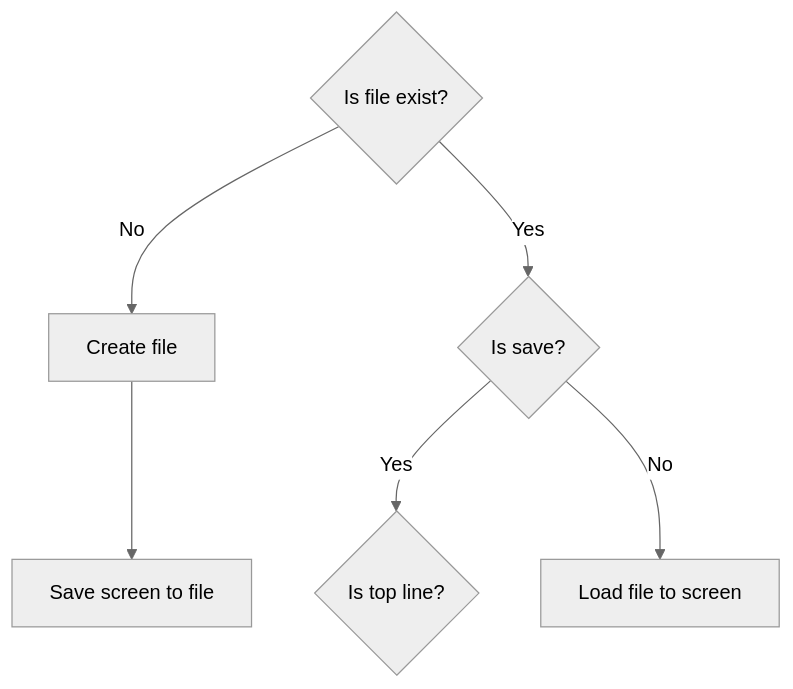
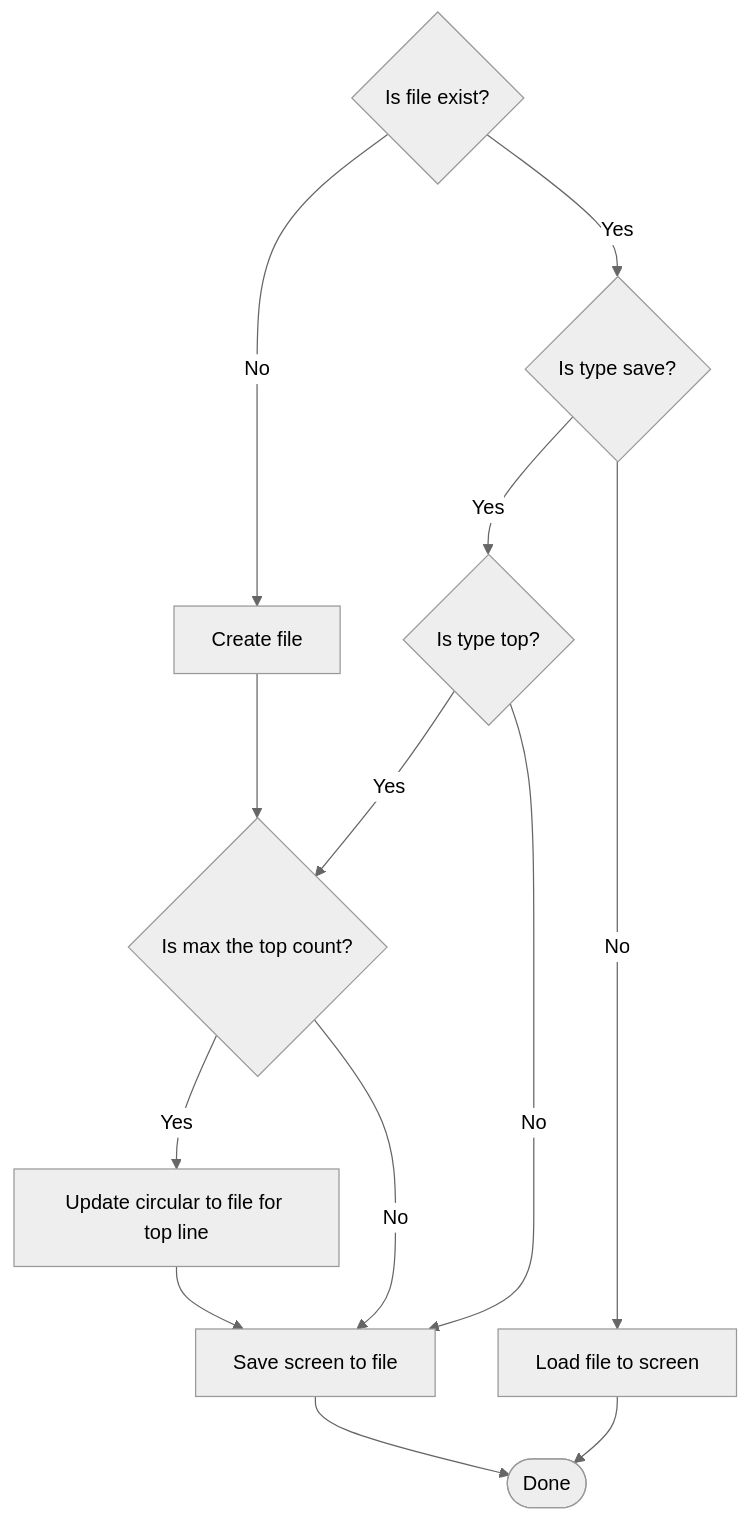
Before and after one commit to facooya/fayos: diagram 12 of 12 in docs/drv/vga.md, drawn with Mermaid (neutral theme).

Commit message:
docs(vga): Update function reference for _vga_sl_tb()

````diff
--- a/docs/drv/vga.md
+++ b/docs/drv/vga.md
@@ -470,8 +470,14 @@
 ```mermaid
 graph TD
 ChkExist{"Is file exist?"} -- No --> Create[Create file]
-ChkExist -- Yes --> ChkS{"Is save?"}
-ChkS -- Yes --> SaveChk{"Is top line?"}
+ChkExist -- Yes --> ChkS{"Is type save?"}
+ChkS -- Yes --> SaveChk{"Is type top?"}
+SaveChk -- Yes --> ChkTC
+SaveChk -- No --> Save
 ChkS -- No --> Load[Load file to screen]
-Create --> Save[Save screen to file]
+Create --> ChkTC{"Is max the top count?"}
+ChkTC -- Yes --> Circular[Update circular to file for top line] --> Save
+ChkTC -- No --> Save[Save screen to file]
+Save --> End([Done])
+Load --> End
 ```
````
